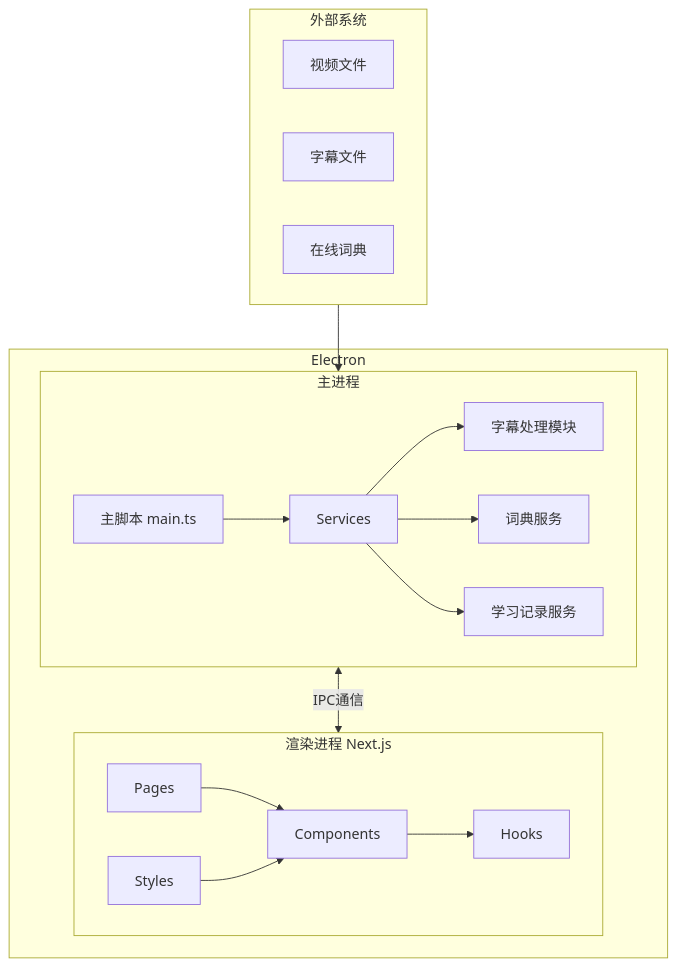
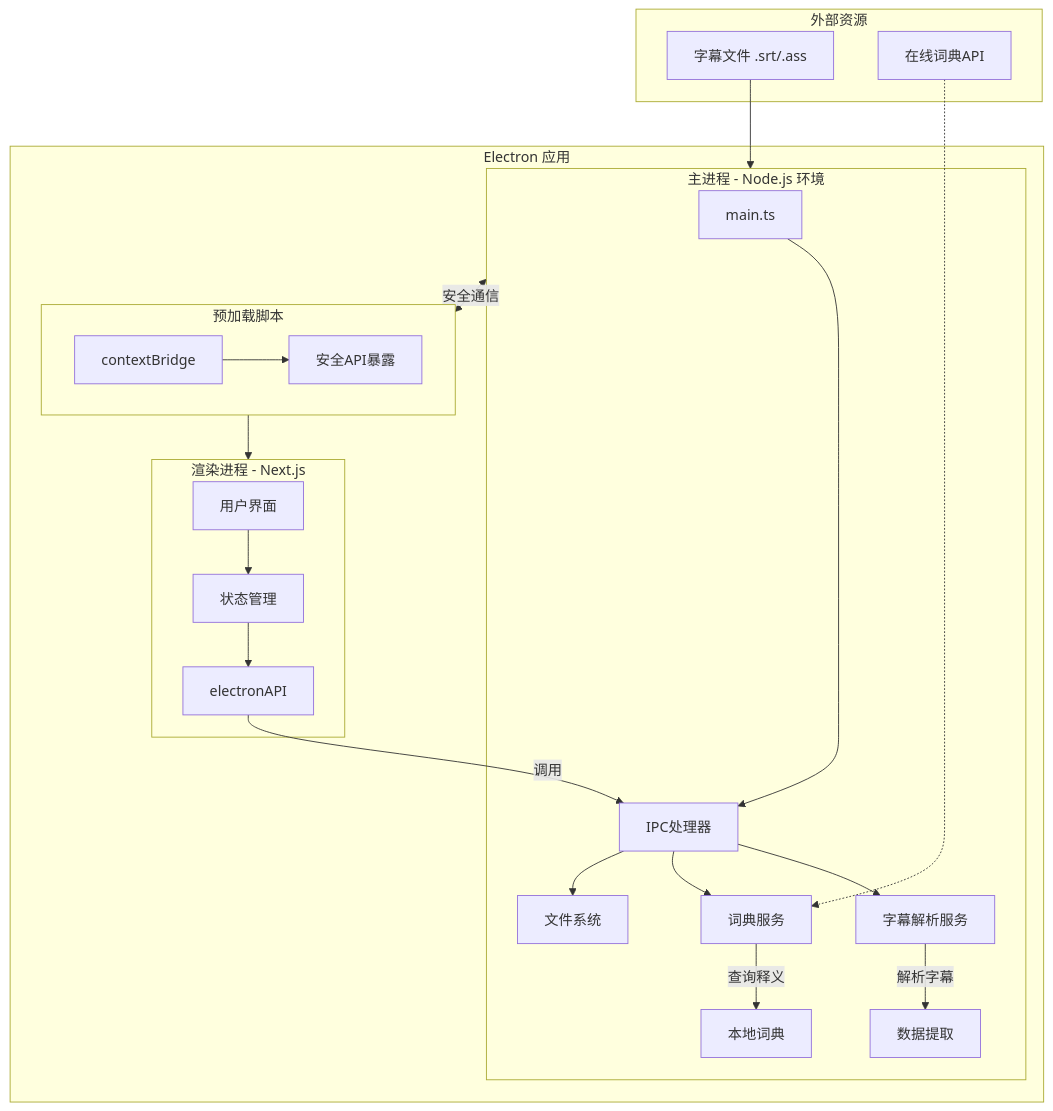
The first of 2 diagrams in .memory-bank/systemPatterns.md (cuipengfei/words-via-subtitle), drawn with Mermaid before and after one commit. The commit also changed other lines of this file and 26 other files, not shown here.

````diff
--- a/.memory-bank/systemPatterns.md
+++ b/.memory-bank/systemPatterns.md
@@ -7,27 +7,31 @@
 ```mermaid
 flowchart TB
-    subgraph Electron
-        subgraph MainProcess[主进程]
-            MS[主脚本 main.ts] --> Services
-            Services --> SP[字幕处理模块]
-            Services --> DS[词典服务]
-            Services --> LRS[学习记录服务]
+    subgraph Electron[Electron 应用]
+        subgraph MainProcess[主进程 - Node.js 环境]
+            M[main.ts] --> IPC[IPC处理器]
+            IPC --> SP[字幕解析服务]
+            IPC --> DS[词典服务]
+            IPC --> FS[文件系统]
+            SP -->|解析字幕| DataExtraction[数据提取]
+            DS --> |查询释义| LocalDict[本地词典]
         end
 
-        subgraph RendererProcess[渲染进程 Next.js]
-            Pages --> Components
-            Components --> Hooks
-            Styles --> Components
+        subgraph RendererProcess[渲染进程 - Next.js]
+            UI[用户界面] --> StateManager[状态管理]
+            StateManager --> API[electronAPI]
+            API --> |调用| IPC
         end
 
-        MainProcess <-->|IPC通信| RendererProcess
+        subgraph PreloadScript[预加载脚本]
+            Bridge[contextBridge] --> SafeAPI[安全API暴露]
+        end
+
+        MainProcess <-->|安全通信| PreloadScript
+        PreloadScript --> RendererProcess
     end
 
-    subgraph ExternalSystems[外部系统]
-        Video[视频文件]
-        Subtitles[字幕文件]
-        OnlineDict[在线词典]
+    subgraph External[外部资源]
+        Files[字幕文件 .srt/.ass] --> MainProcess
+        OnlineDict[在线词典API] -.-> DS
     end
-
-    ExternalSystems --> MainProcess
 ```
````
